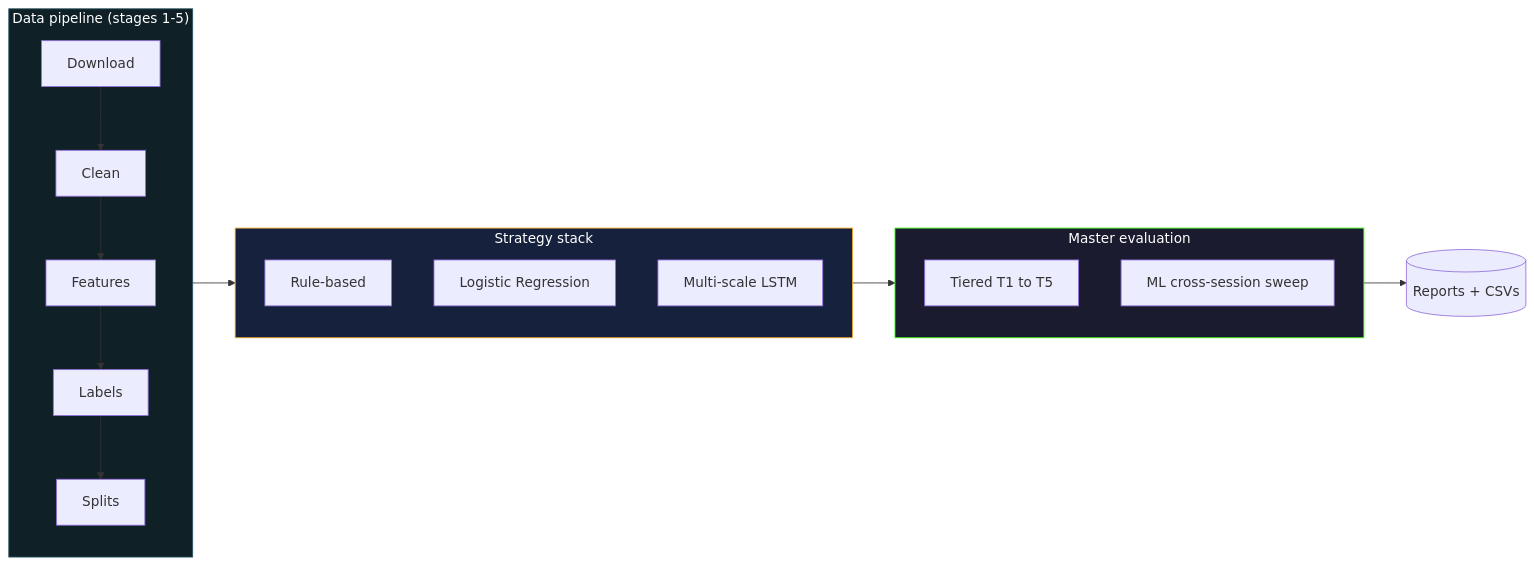
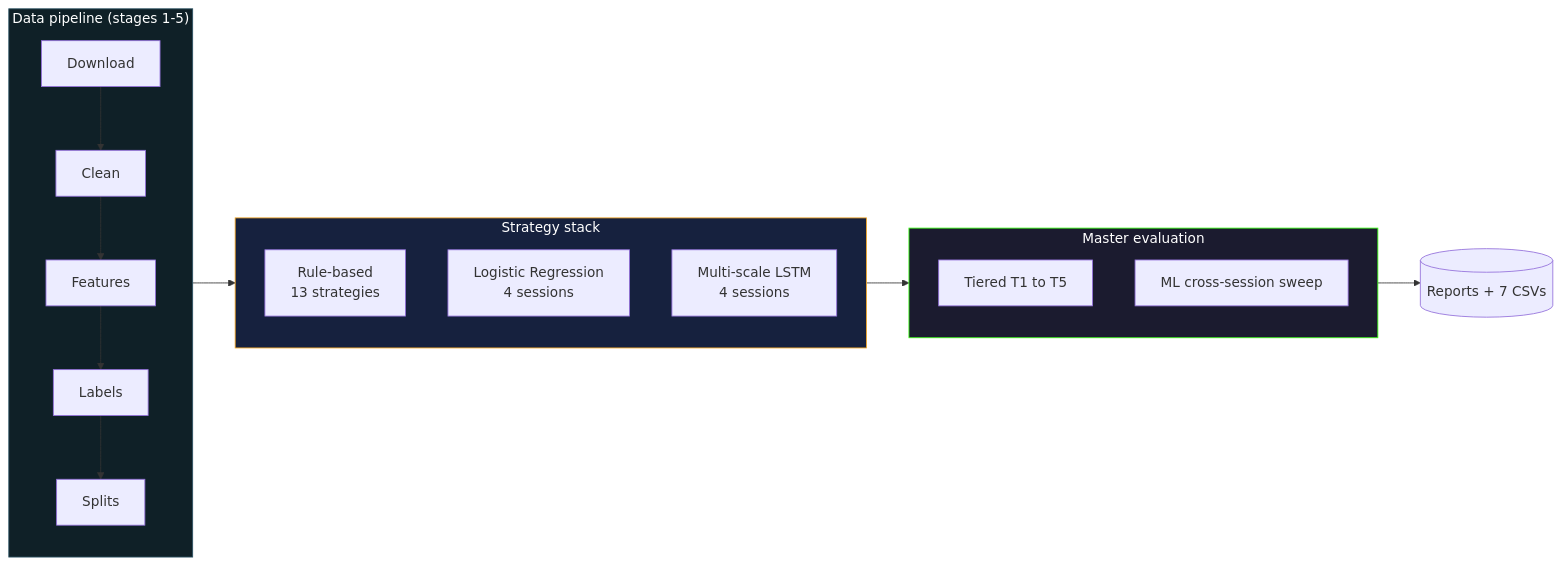
The first of 2 diagrams in README.md (WA-MIN/forex-algo-trading), drawn with Mermaid before and after one commit. The commit also changed other lines of this file and 17 other files, not shown here.

````diff
--- a/README.md
+++ b/README.md
@@ -55,21 +202,21 @@
 ```mermaid
 flowchart LR
   subgraph DATA ["Data pipeline (stages 1-5)"]
     D1[Download] --> D2[Clean] --> D3[Features] --> D4[Labels] --> D5[Splits]
   end
   subgraph STACK ["Strategy stack"]
-    M1[Rule-based]
-    M2[Logistic Regression]
-    M3[Multi-scale LSTM]
+    M1[Rule-based<br/>13 strategies]
+    M2[Logistic Regression<br/>4 sessions]
+    M3[Multi-scale LSTM<br/>4 sessions]
   end
   subgraph EVAL ["Master evaluation"]
     E1[Tiered T1 to T5]
     E2[ML cross-session sweep]
   end
   DATA --> STACK
   STACK --> EVAL
-  EVAL --> OUT[(Reports + CSVs)]
+  EVAL --> OUT[(Reports + 7 CSVs)]
   style DATA fill:#0f2027,stroke:#2c5364,color:#fff
   style STACK fill:#16213e,stroke:#f5a623,color:#fff
   style EVAL fill:#1b1b2f,stroke:#39ff14,color:#fff
 ```
````
